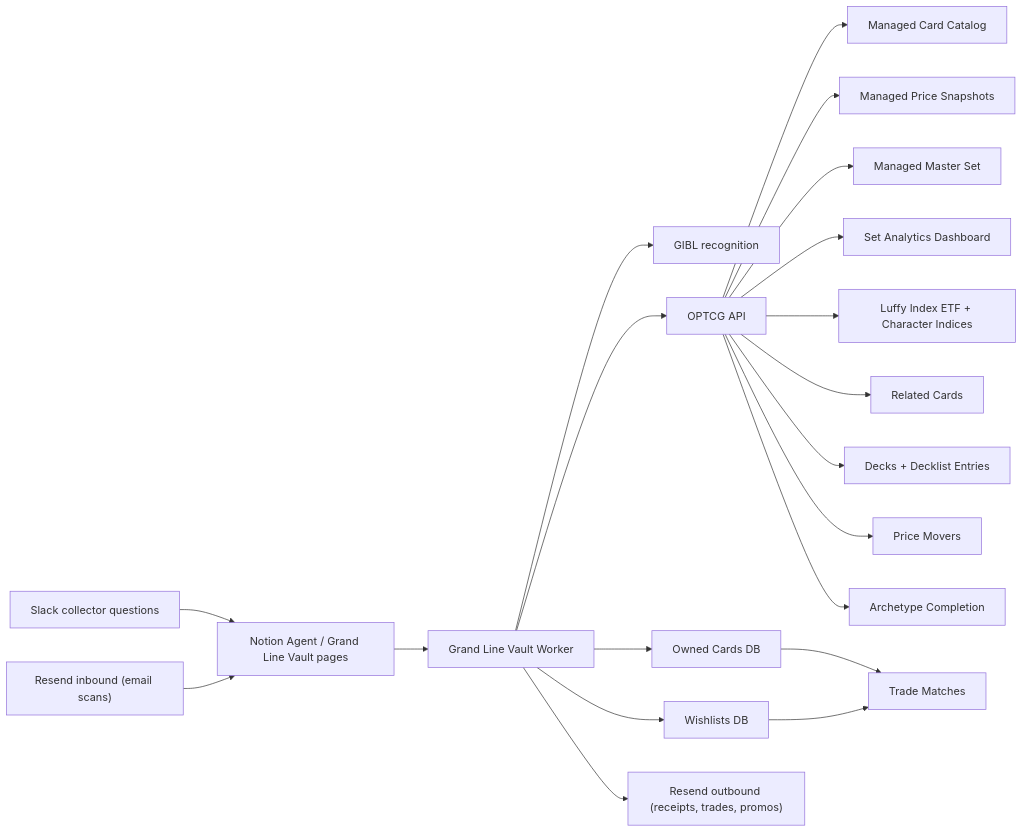
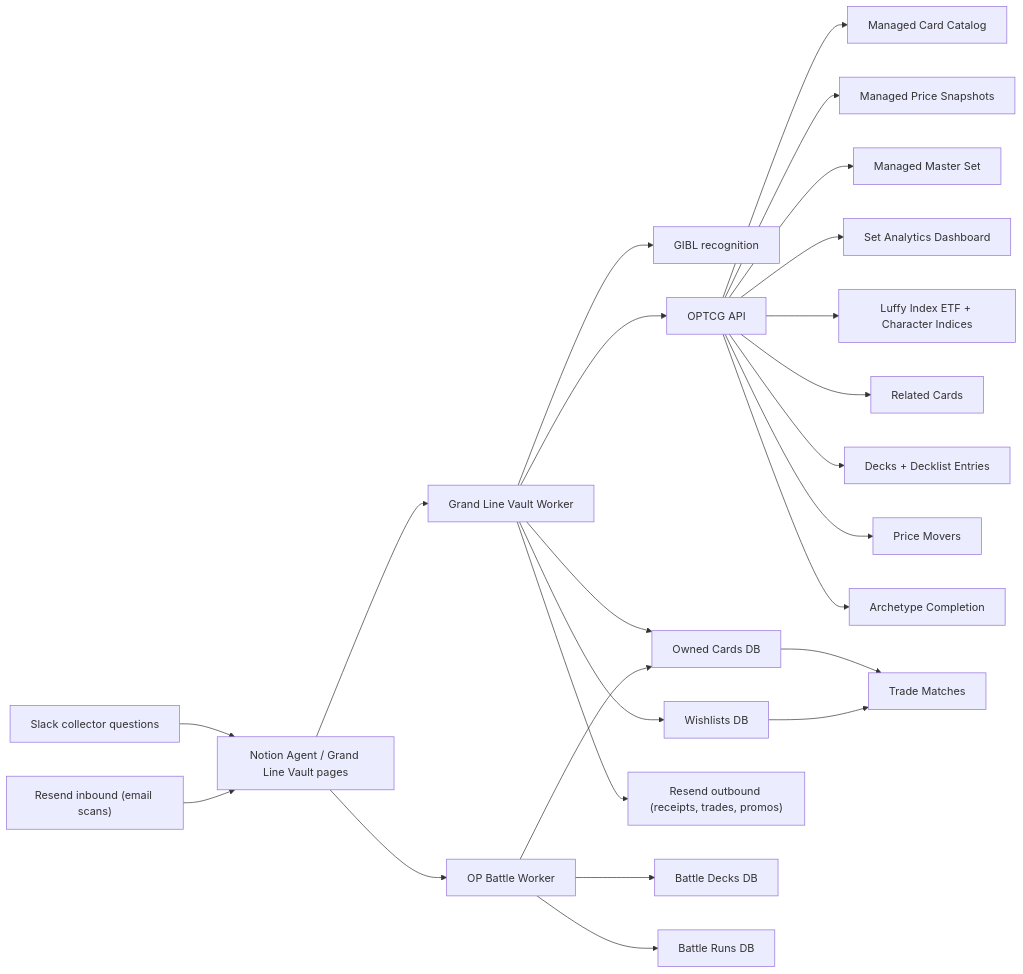
The diagram in README.md (spenceryang/grandlinevault), drawn with Mermaid before and after one commit. The commit also changed other lines of this file, not shown here.

Commit message:
docs: update live battle lab scope

````diff
--- a/README.md
+++ b/README.md
@@ -208,22 +219,26 @@
 ```mermaid
 flowchart LR
     S["Slack collector questions"] --> A["Notion Agent / Grand Line Vault pages"]
     A --> B["Grand Line Vault Worker"]
+    A --> OB["OP Battle Worker"]
     B --> C["GIBL recognition"]
     B --> D["OPTCG API"]
     B --> E["Owned Cards DB"]
     B --> F["Wishlists DB"]
     D --> G["Managed Card Catalog"]
     D --> H["Managed Price Snapshots"]
     D --> I["Managed Master Set"]
     D --> J["Set Analytics Dashboard"]
     D --> K["Luffy Index ETF + Character Indices"]
     D --> L["Related Cards"]
     D --> M["Decks + Decklist Entries"]
     D --> N["Price Movers"]
     D --> O["Archetype Completion"]
     E --> P["Trade Matches"]
     F --> P
     Q["Resend inbound (email scans)"] --> A
     B --> R["Resend outbound (receipts, trades, promos)"]
+    OB --> E
+    OB --> BD["Battle Decks DB"]
+    OB --> BR["Battle Runs DB"]
 ```
````
